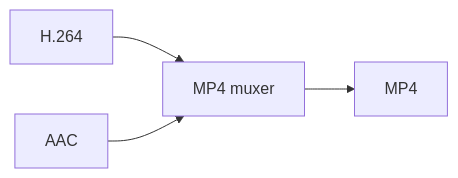
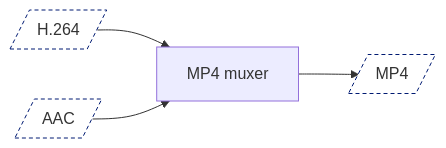
The third of 15 diagrams in presentation/slides.md (membraneframework-labs/goatmire_2026_workshop), drawn with Mermaid before and after one commit. The commit also changed other lines of this file and 2 other files, not shown here.

````diff
--- a/presentation/slides.md
+++ b/presentation/slides.md
@@ -264,6 +260,7 @@
 ```mermaid {scale: 0.7}
 graph LR
-  A[H.264] --> M[MP4 muxer]
-  B[AAC] --> M
-  M --> C[MP4]
+  A[/H.264/]:::stream --> M[MP4 muxer]
+  B[/AAC/]:::stream --> M
+  M --> C[/MP4/]:::stream
+  classDef stream fill:#ffffff,stroke:#001A72,stroke-dasharray:4 3
 ```
````
